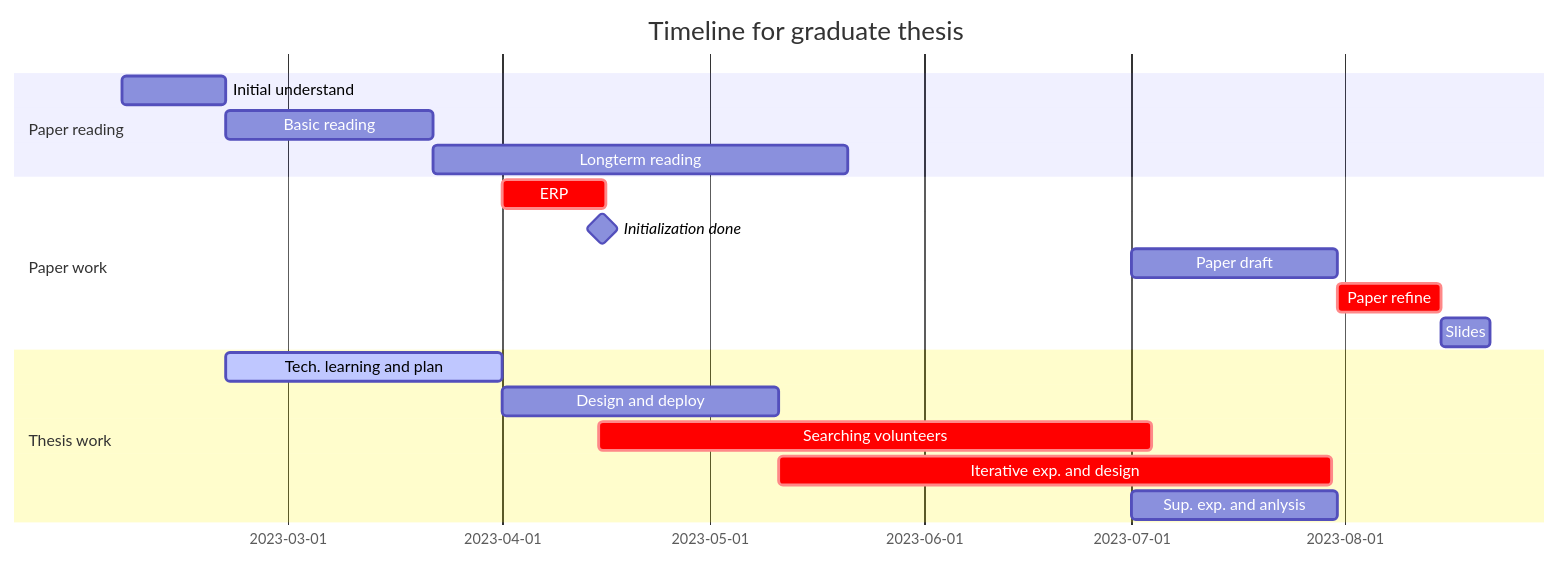
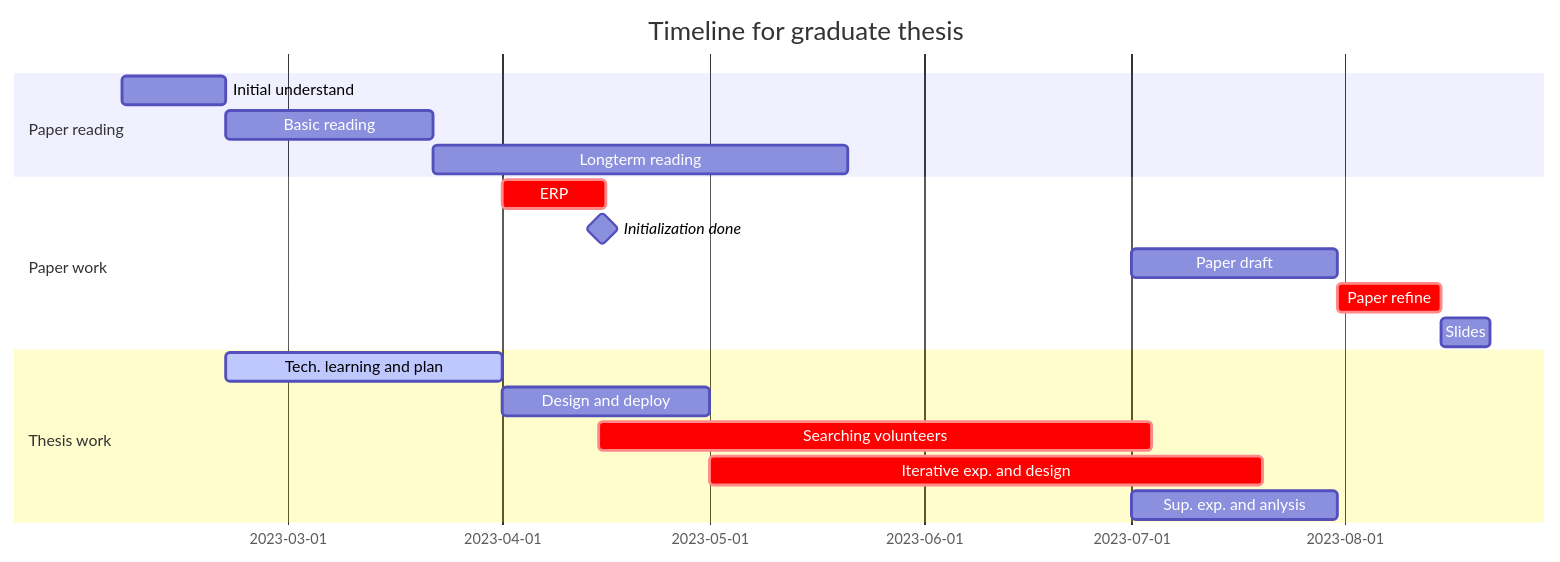
Before and after one commit to hinczhang/GraduteThesis_Master: the diagram in README.md, drawn with Mermaid.

````diff
--- a/README.md
+++ b/README.md
@@ -5,21 +5,21 @@
 ```mermaid
 gantt
     title Timeline for graduate thesis
     dateFormat  YYYY-MM-DD
     section Paper reading
         Initial understand              : a1, 2023-02-05, 15d
         Basic reading                   : a2, after a1, 30d
         Longterm reading                : a3, after a2, 60d
     section Paper work
         ERP                             : crit, b1, 2023-04-01, 15d
         Initialization done             : milestone, m1, 2023-04-15, 1d
         Paper draft                     : b2, 2023-07-01, 30d
         Paper refine                    : crit, b3, after b2, 15d
         Slides                          : b4, after b3, 7d
     section Thesis work
         Tech. learning and plan         : active, c1, after a1, 40d
-        Design and deploy               : c2, after c1, 40d
+        Design and deploy               : c2, after c1, 30d
         Searching volunteers            : crit, c3, 2023-04-15, 80d
         Iterative exp. and design       : crit, c4, after c2, 80d
         Sup. exp. and anlysis           : c5, 2023-07-01, 30d
 ```
````
